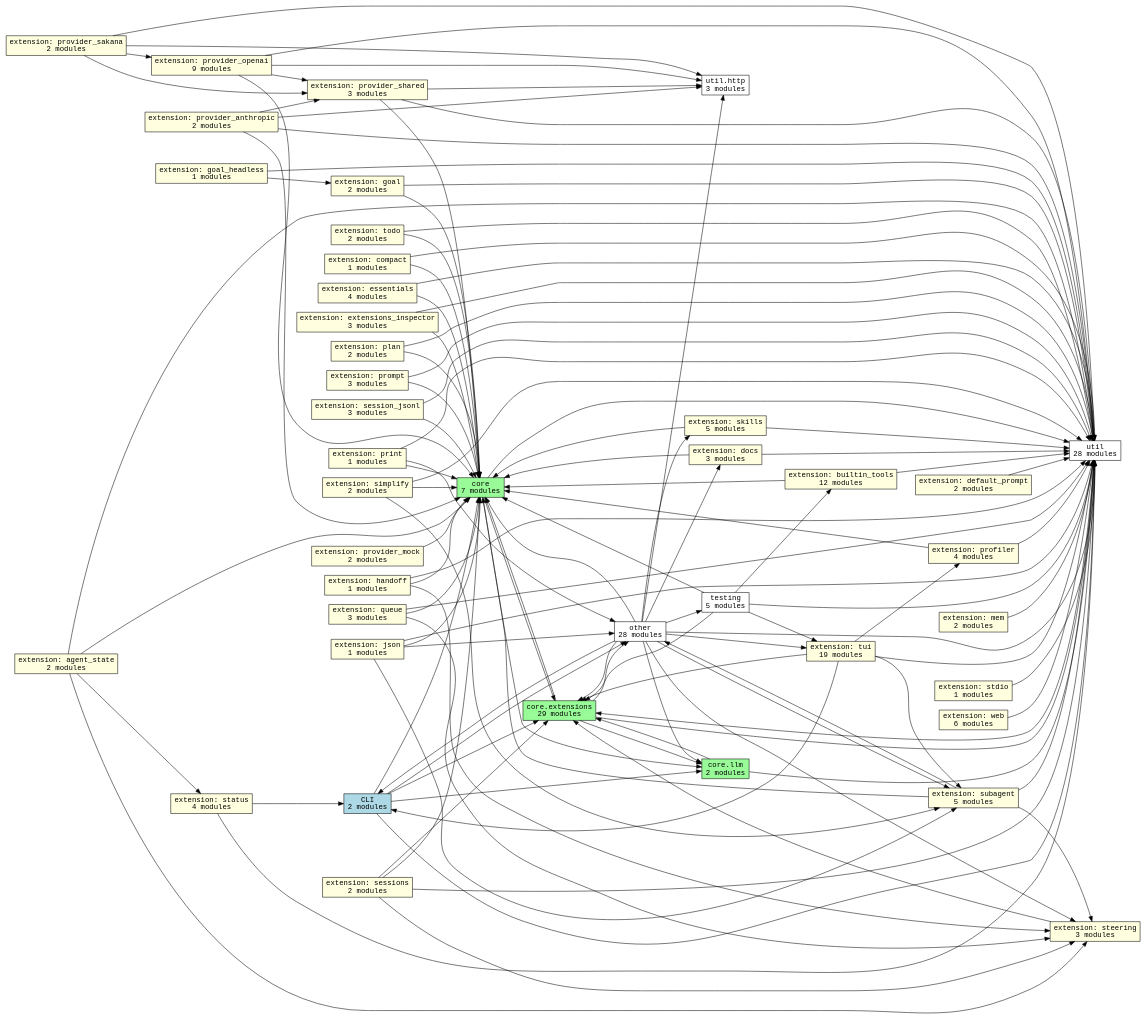
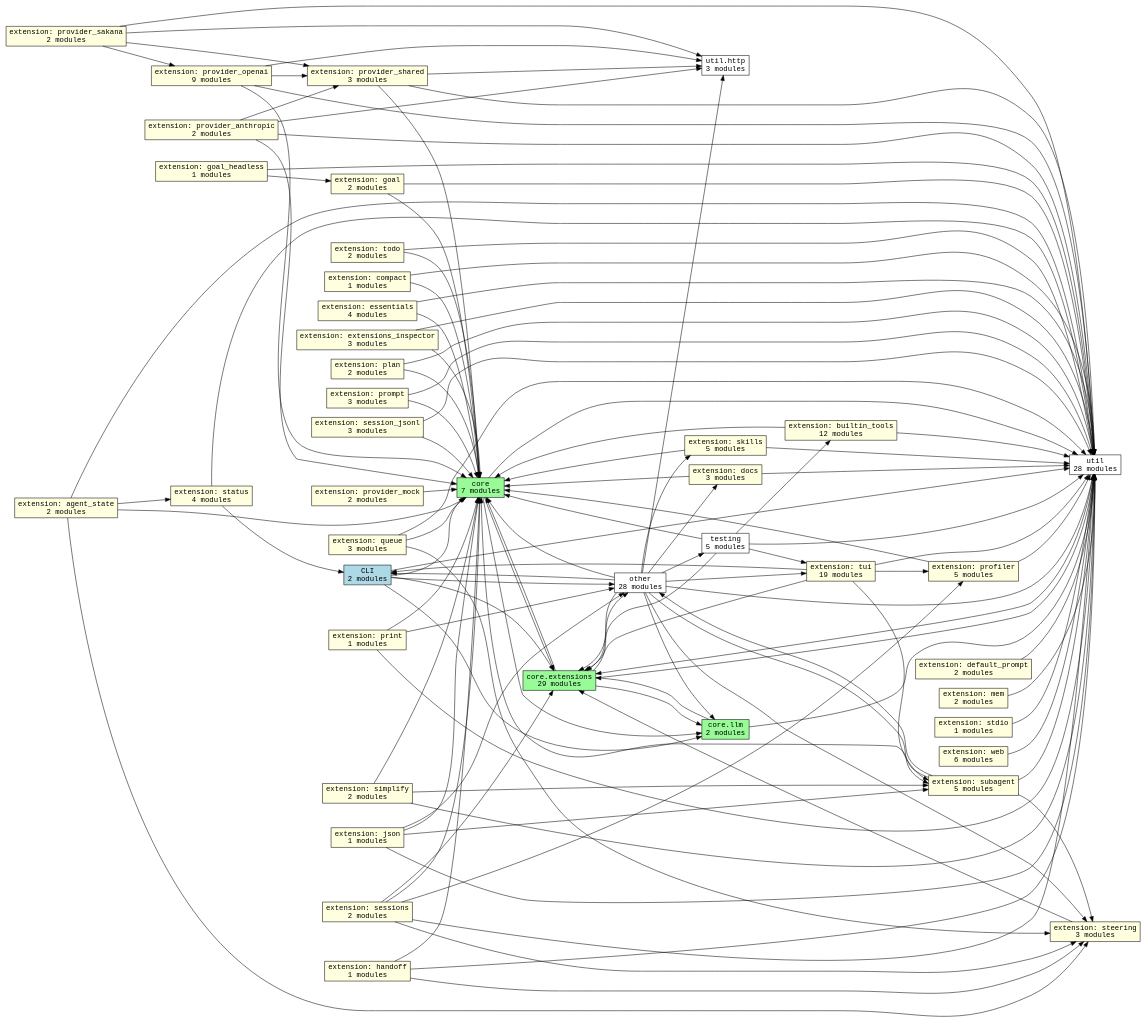
Before and after one commit to acmiyaguchi/fen: the diagram in docs/graphs/subsystems.dot, drawn with Graphviz. The commit also changed 2 other files, not shown here.

Commit message:
chore(graphs): regenerate module graphs for profiler wiring

```diff
--- a/docs/graphs/subsystems.dot
+++ b/docs/graphs/subsystems.dot
@@ -1,160 +1,161 @@
 digraph fen_subsystems {
   graph [rankdir=LR];
   node [shape=box, fontname="monospace"];
   edge [fontname="monospace"];
   "cli" [fillcolor="lightblue", label="CLI\n2 modules", style="filled"];
   "core" [fillcolor="palegreen", label="core\n7 modules", style="filled"];
   "core.extensions" [fillcolor="palegreen", label="core.extensions\n29 modules", style="filled"];
   "core.llm" [fillcolor="palegreen", label="core.llm\n2 modules", style="filled"];
   "extension.agent_state" [fillcolor="lightyellow", label="extension: agent_state\n2 modules", style="filled"];
   "extension.builtin_tools" [fillcolor="lightyellow", label="extension: builtin_tools\n12 modules", style="filled"];
   "extension.compact" [fillcolor="lightyellow", label="extension: compact\n1 modules", style="filled"];
   "extension.default_prompt" [fillcolor="lightyellow", label="extension: default_prompt\n2 modules", style="filled"];
   "extension.docs" [fillcolor="lightyellow", label="extension: docs\n3 modules", style="filled"];
   "extension.essentials" [fillcolor="lightyellow", label="extension: essentials\n4 modules", style="filled"];
   "extension.extensions_inspector" [fillcolor="lightyellow", label="extension: extensions_inspector\n3 modules", style="filled"];
   "extension.goal" [fillcolor="lightyellow", label="extension: goal\n2 modules", style="filled"];
   "extension.goal_headless" [fillcolor="lightyellow", label="extension: goal_headless\n1 modules", style="filled"];
   "extension.handoff" [fillcolor="lightyellow", label="extension: handoff\n1 modules", style="filled"];
   "extension.json" [fillcolor="lightyellow", label="extension: json\n1 modules", style="filled"];
   "extension.mem" [fillcolor="lightyellow", label="extension: mem\n2 modules", style="filled"];
   "extension.plan" [fillcolor="lightyellow", label="extension: plan\n2 modules", style="filled"];
   "extension.print" [fillcolor="lightyellow", label="extension: print\n1 modules", style="filled"];
-  "extension.profiler" [fillcolor="lightyellow", label="extension: profiler\n4 modules", style="filled"];
+  "extension.profiler" [fillcolor="lightyellow", label="extension: profiler\n5 modules", style="filled"];
   "extension.prompt" [fillcolor="lightyellow", label="extension: prompt\n3 modules", style="filled"];
   "extension.provider_anthropic" [fillcolor="lightyellow", label="extension: provider_anthropic\n2 modules", style="filled"];
   "extension.provider_mock" [fillcolor="lightyellow", label="extension: provider_mock\n2 modules", style="filled"];
   "extension.provider_openai" [fillcolor="lightyellow", label="extension: provider_openai\n9 modules", style="filled"];
   "extension.provider_sakana" [fillcolor="lightyellow", label="extension: provider_sakana\n2 modules", style="filled"];
   "extension.provider_shared" [fillcolor="lightyellow", label="extension: provider_shared\n3 modules", style="filled"];
   "extension.queue" [fillcolor="lightyellow", label="extension: queue\n3 modules", style="filled"];
   "extension.session_jsonl" [fillcolor="lightyellow", label="extension: session_jsonl\n3 modules", style="filled"];
   "extension.sessions" [fillcolor="lightyellow", label="extension: sessions\n2 modules", style="filled"];
   "extension.simplify" [fillcolor="lightyellow", label="extension: simplify\n2 modules", style="filled"];
   "extension.skills" [fillcolor="lightyellow", label="extension: skills\n5 modules", style="filled"];
   "extension.status" [fillcolor="lightyellow", label="extension: status\n4 modules", style="filled"];
   "extension.stdio" [fillcolor="lightyellow", label="extension: stdio\n1 modules", style="filled"];
   "extension.steering" [fillcolor="lightyellow", label="extension: steering\n3 modules", style="filled"];
   "extension.subagent" [fillcolor="lightyellow", label="extension: subagent\n5 modules", style="filled"];
   "extension.todo" [fillcolor="lightyellow", label="extension: todo\n2 modules", style="filled"];
   "extension.tui" [fillcolor="lightyellow", label="extension: tui\n19 modules", style="filled"];
   "extension.web" [fillcolor="lightyellow", label="extension: web\n6 modules", style="filled"];
   "other" [fillcolor="white", label="other\n28 modules", style="filled"];
   "testing" [fillcolor="white", label="testing\n5 modules", style="filled"];
   "util" [fillcolor="white", label="util\n28 modules", style="filled"];
   "util.http" [fillcolor="white", label="util.http\n3 modules", style="filled"];
   "cli" -> "core";
   "cli" -> "core.extensions";
   "cli" -> "core.llm";
   "cli" -> "other";
   "cli" -> "util";
   "core" -> "core.extensions";
   "core" -> "core.llm";
   "core" -> "util";
   "core.extensions" -> "core";
   "core.extensions" -> "core.llm";
   "core.extensions" -> "other";
   "core.extensions" -> "util";
   "core.llm" -> "core.extensions";
   "core.llm" -> "util";
   "extension.agent_state" -> "core";
   "extension.agent_state" -> "extension.status";
   "extension.agent_state" -> "extension.steering";
   "extension.agent_state" -> "util";
   "extension.builtin_tools" -> "core";
   "extension.builtin_tools" -> "util";
   "extension.compact" -> "core";
   "extension.compact" -> "util";
   "extension.default_prompt" -> "util";
   "extension.docs" -> "core";
   "extension.docs" -> "util";
   "extension.essentials" -> "core";
   "extension.essentials" -> "util";
   "extension.extensions_inspector" -> "core";
   "extension.extensions_inspector" -> "util";
   "extension.goal" -> "core";
   "extension.goal" -> "util";
   "extension.goal_headless" -> "extension.goal";
   "extension.goal_headless" -> "util";
   "extension.handoff" -> "core";
   "extension.handoff" -> "extension.steering";
   "extension.handoff" -> "util";
   "extension.json" -> "core";
   "extension.json" -> "extension.subagent";
   "extension.json" -> "other";
   "extension.json" -> "util";
   "extension.mem" -> "util";
   "extension.plan" -> "core";
   "extension.plan" -> "util";
   "extension.print" -> "core";
   "extension.print" -> "other";
   "extension.print" -> "util";
   "extension.profiler" -> "core";
   "extension.profiler" -> "util";
   "extension.prompt" -> "core";
   "extension.prompt" -> "util";
   "extension.provider_anthropic" -> "core";
   "extension.provider_anthropic" -> "extension.provider_shared";
   "extension.provider_anthropic" -> "util";
   "extension.provider_anthropic" -> "util.http";
   "extension.provider_mock" -> "core";
   "extension.provider_openai" -> "core";
   "extension.provider_openai" -> "extension.provider_shared";
   "extension.provider_openai" -> "util";
   "extension.provider_openai" -> "util.http";
   "extension.provider_sakana" -> "extension.provider_openai";
   "extension.provider_sakana" -> "extension.provider_shared";
   "extension.provider_sakana" -> "util";
   "extension.provider_sakana" -> "util.http";
   "extension.provider_shared" -> "core";
   "extension.provider_shared" -> "util";
   "extension.provider_shared" -> "util.http";
   "extension.queue" -> "core";
   "extension.queue" -> "extension.steering";
   "extension.queue" -> "util";
   "extension.session_jsonl" -> "core";
   "extension.session_jsonl" -> "util";
   "extension.sessions" -> "core";
   "extension.sessions" -> "core.extensions";
+  "extension.sessions" -> "extension.profiler";
   "extension.sessions" -> "extension.steering";
   "extension.sessions" -> "util";
   "extension.simplify" -> "core";
   "extension.simplify" -> "extension.subagent";
   "extension.simplify" -> "util";
   "extension.skills" -> "core";
   "extension.skills" -> "util";
   "extension.status" -> "cli";
   "extension.status" -> "util";
   "extension.stdio" -> "util";
   "extension.steering" -> "core.extensions";
   "extension.subagent" -> "core";
   "extension.subagent" -> "extension.steering";
   "extension.subagent" -> "other";
   "extension.subagent" -> "util";
   "extension.todo" -> "core";
   "extension.todo" -> "util";
   "extension.tui" -> "cli";
   "extension.tui" -> "core.extensions";
   "extension.tui" -> "extension.profiler";
   "extension.tui" -> "extension.subagent";
   "extension.tui" -> "util";
   "extension.web" -> "util";
   "other" -> "cli";
   "other" -> "core";
   "other" -> "core.extensions";
   "other" -> "core.llm";
   "other" -> "extension.docs";
   "other" -> "extension.skills";
   "other" -> "extension.steering";
   "other" -> "extension.subagent";
   "other" -> "extension.tui";
   "other" -> "testing";
   "other" -> "util";
   "other" -> "util.http";
   "testing" -> "core";
   "testing" -> "core.extensions";
   "testing" -> "extension.builtin_tools";
   "testing" -> "extension.tui";
   "testing" -> "util";
   "util" -> "core.extensions";
 }
```
